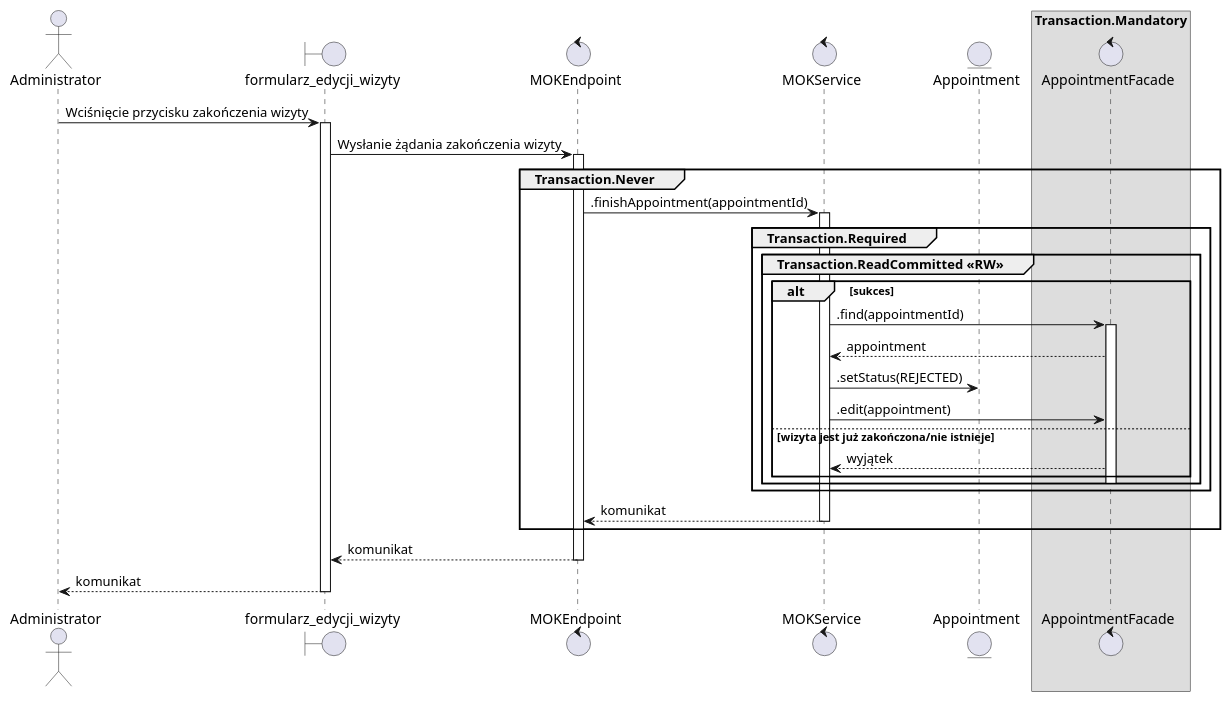
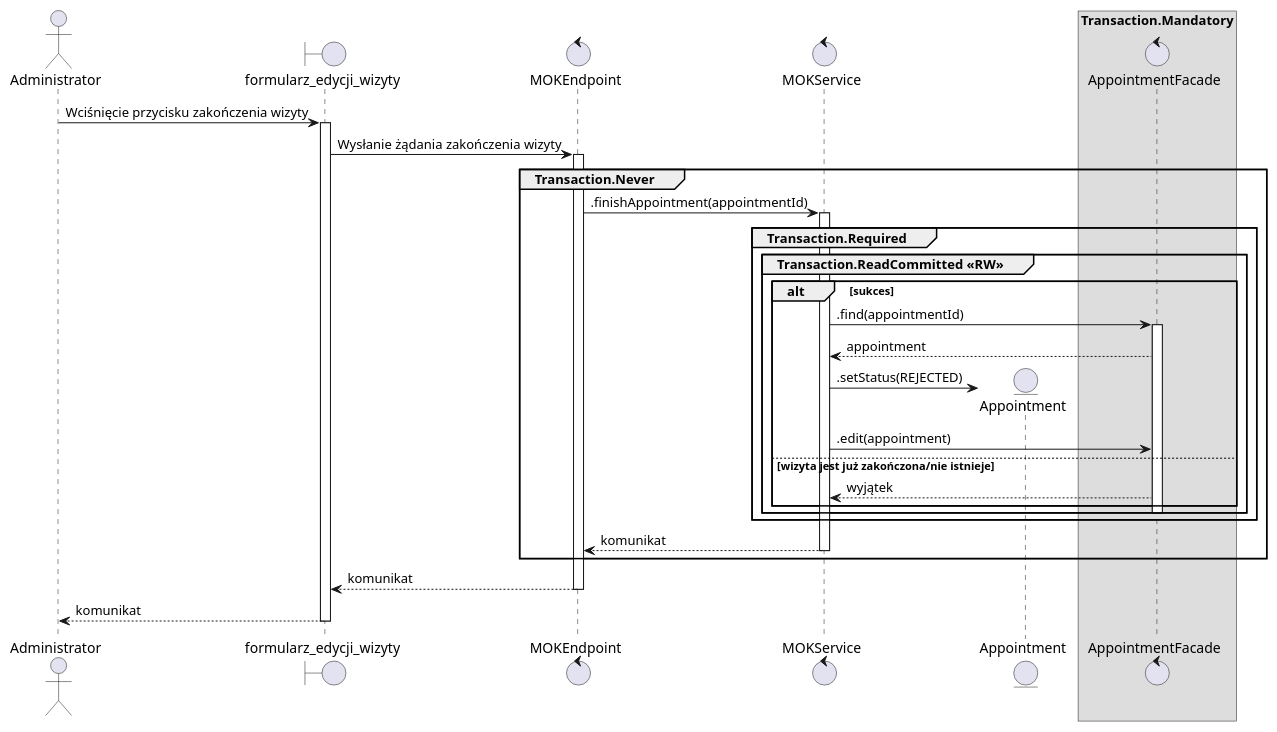
One commit to TheVivent-Politechnika-Lodzka/ssbd03_kic_uml changed the diagram in src/rozdział 11/mop13.puml. Above: the diagram before and after it, drawn with PlantUML. The commit also changed 6 other files, not shown here.

```diff
--- a/src/rozdział 11/mop13.puml
+++ b/src/rozdział 11/mop13.puml
@@ -1,49 +1,49 @@
 @startuml MOP.13 - Odwołaj dowolną wizytę
 
 
 actor Administrator as guest
 boundary formularz_edycji_wizyty as gui
 control MOKEndpoint as endpoint
 control MOKService as service
 entity Appointment as implant
 control AppointmentFacade as accFacade
 
 skinparam backgroundcolor transparent
 
 guest -> gui ++ : Wciśnięcie przycisku zakończenia wizyty
 gui -> endpoint ++ : Wysłanie żądania zakończenia wizyty
 
 group Transaction.Never
 
     endpoint -> service ++ : .finishAppointment(appointmentId)
 
     group Transaction.Required
         group Transaction.ReadCommitted <<RW>>
             box Transaction.Mandatory 
                 participant accFacade
                 alt sukces
                 service -> accFacade ++ : .find(appointmentId)
                 accFacade --> service : appointment
 
-                service -> implant : .setStatus(REJECTED)
+                service -> implant **: .setStatus(REJECTED)
 
                 service -> accFacade : .edit(appointment)
 
                 else wizyta jest już zakończona/nie istnieje
                     accFacade --> service : wyjątek
                 end
 
                 deactivate accFacade
             end box
         end
     end
     return komunikat
 
 end
 
 return komunikat
 
 
 return komunikat
 
 @enduml
```
